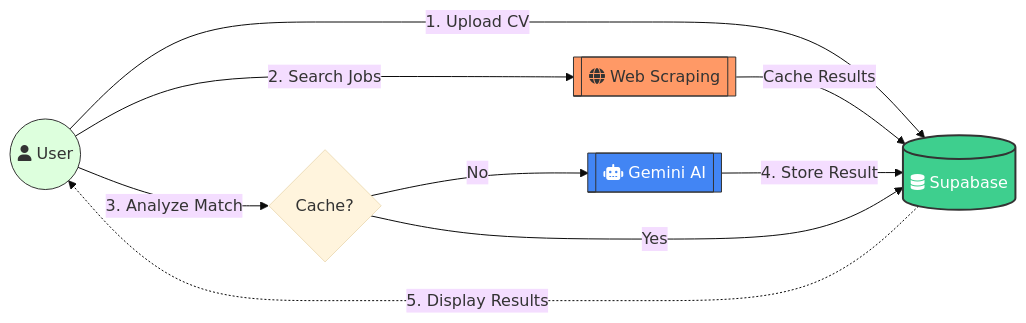
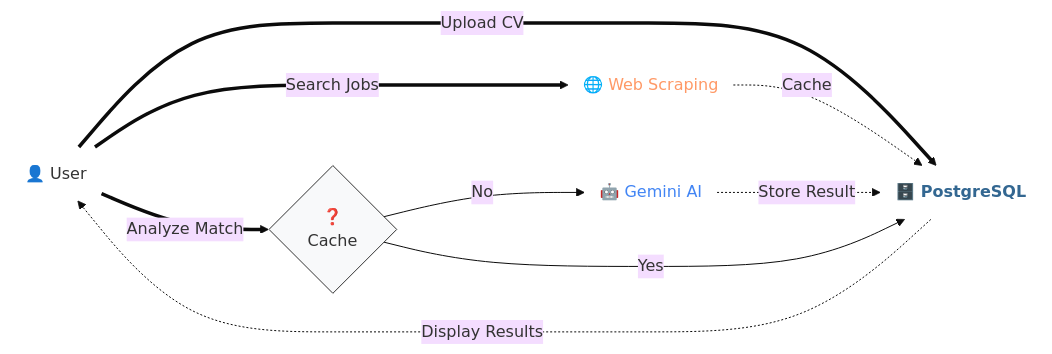
One commit to noynayler/findy changed the diagram in README.md. Above: the diagram before and after it, drawn with Mermaid (base theme).

````diff
--- a/README.md
+++ b/README.md
@@ -27,26 +27,29 @@
 ```mermaid
-graph LR
-    %% Entities with Icons
-    User((fa:fa-user User))
-    DB[(fa:fa-database Supabase)]
-    Web[[fa:fa-globe Web Scraping]]
-    AI[[fa:fa-robot Gemini AI]]
+flowchart LR
+    %% Nodes definition with Emojis
+    User("👤 User")
+    DB("🗄️ PostgreSQL")
+    Web("🌐 Web Scraping")
+    AI("🤖 Gemini AI")
+    Logic{"❓\n Cache"}
 
-    %% Flow
-    User -->|1. Upload CV| DB
-    User -->|2. Search Jobs| Web
-    Web -->|Cache Results| DB
+    %% Flow logic
+    User ==>|Upload CV| DB
+    User ==>|Search Jobs| Web
+    Web -.->|Cache| DB
     
-    User -->|3. Analyze Match| Logic{Cache?}
+    User ==>|Analyze Match| Logic
+    
     Logic -- No --> AI
-    AI -->|4. Store Result| DB
+    AI -.->|Store Result| DB
     Logic -- Yes --> DB
+    
+    DB -.->|Display Results| User
 
-    DB -.->|5. Display Results| User
-
-    %% Styling
-    style DB fill:#3ecf8e,stroke:#333,stroke-width:2px,color:#fff
-    style AI fill:#4285f4,stroke:#333,color:#fff
-    style Web fill:#f96,stroke:#333
-    style User fill:#dfd,stroke:#333
+    %% Professional Styling: Minimalist
+    style User fill:none,stroke:none
+    style DB fill:none,stroke:none,color:#336791,font-weight:bold
+    style Web fill:none,stroke:none,color:#f96
+    style AI fill:none,stroke:none,color:#4285f4
+    style Logic fill:#f8f9fa,stroke:#333,stroke-width:1px
 ```
````
